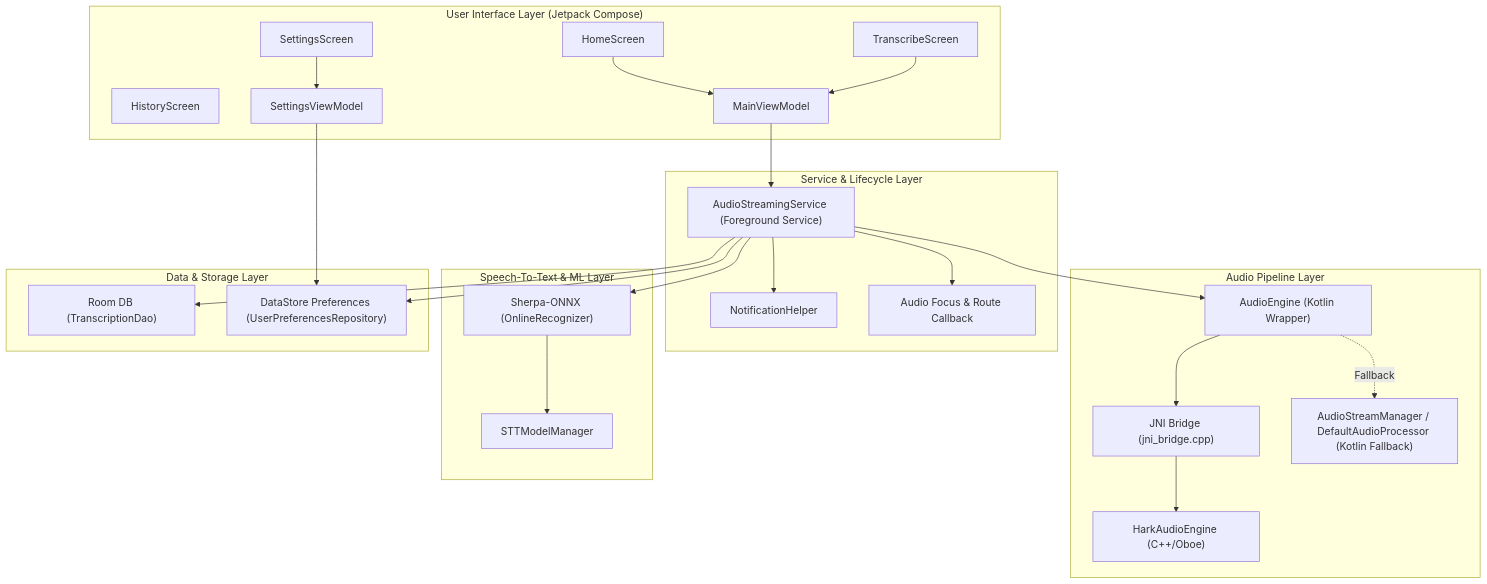
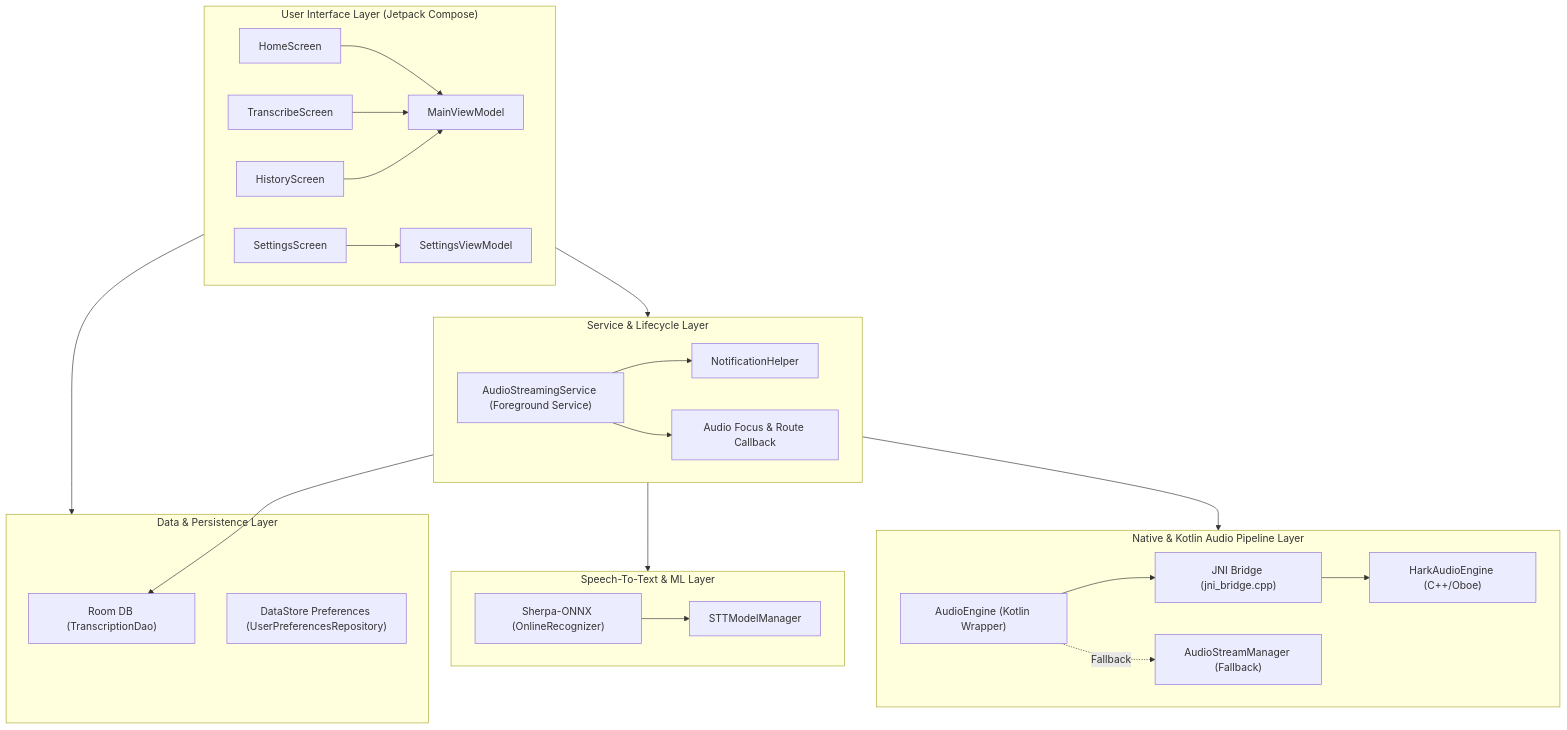
One commit to thivyan-studios/hark-app changed the diagram in docs/ARCHITECTURE.md. Above: the diagram before and after it, drawn with Mermaid. The commit also changed 1 other file, not shown here.

Commit message:
Fixing README.md and ARCHITECTURE.md

````diff
--- a/docs/ARCHITECTURE.md
+++ b/docs/ARCHITECTURE.md
@@ -11,53 +11,54 @@
 ```mermaid
 flowchart TD
     subgraph UI ["User Interface Layer (Jetpack Compose)"]
         UI_Home["HomeScreen"]
         UI_Transcribe["TranscribeScreen"]
         UI_History["HistoryScreen"]
         UI_Settings["SettingsScreen"]
         VM_Main["MainViewModel"]
         VM_Settings["SettingsViewModel"]
+
+        UI_Home --> VM_Main
+        UI_Transcribe --> VM_Main
+        UI_History --> VM_Main
+        UI_Settings --> VM_Settings
     end
 
     subgraph Service ["Service & Lifecycle Layer"]
         SVC["AudioStreamingService (Foreground Service)"]
         NOTIF["NotificationHelper"]
         FOCUS["Audio Focus & Route Callback"]
+
+        SVC --> NOTIF
+        SVC --> FOCUS
     end
 
-    subgraph Audio ["Audio Pipeline Layer"]
+    subgraph Audio ["Native & Kotlin Audio Pipeline Layer"]
         AE["AudioEngine (Kotlin Wrapper)"]
         JNI["JNI Bridge (jni_bridge.cpp)"]
         HAE["HarkAudioEngine (C++/Oboe)"]
-        FALLBACK["AudioStreamManager / DefaultAudioProcessor (Kotlin Fallback)"]
+        FALLBACK["AudioStreamManager (Fallback)"]
+
+        AE --> JNI
+        JNI --> HAE
+        AE -.->|Fallback| FALLBACK
     end
 
     subgraph STT ["Speech-To-Text & ML Layer"]
         SHERPA["Sherpa-ONNX (OnlineRecognizer)"]
         STT_MGR["STTModelManager"]
+
+        SHERPA --> STT_MGR
     end
 
-    subgraph Data ["Data & Storage Layer"]
+    subgraph Data ["Data & Persistence Layer"]
         ROOM["Room DB (TranscriptionDao)"]
         DS["DataStore Preferences (UserPreferencesRepository)"]
     end
 
-    UI_Home --> VM_Main
-    UI_Transcribe --> VM_Main
-    UI_Settings --> VM_Settings
-    VM_Main --> SVC
-    VM_Settings --> DS
-
-    SVC --> AE
-    SVC --> SHERPA
-    SVC --> NOTIF
-    SVC --> FOCUS
-
-    AE --> JNI
-    JNI --> HAE
-    AE -.->|Fallback| FALLBACK
-
-    SHERPA --> STT_MGR
-    SVC --> ROOM
-    SVC --> DS
+    UI --> Service
+    UI --> Data
+    Service --> Audio
+    Service --> STT
+    Service --> ROOM
 ```
````
